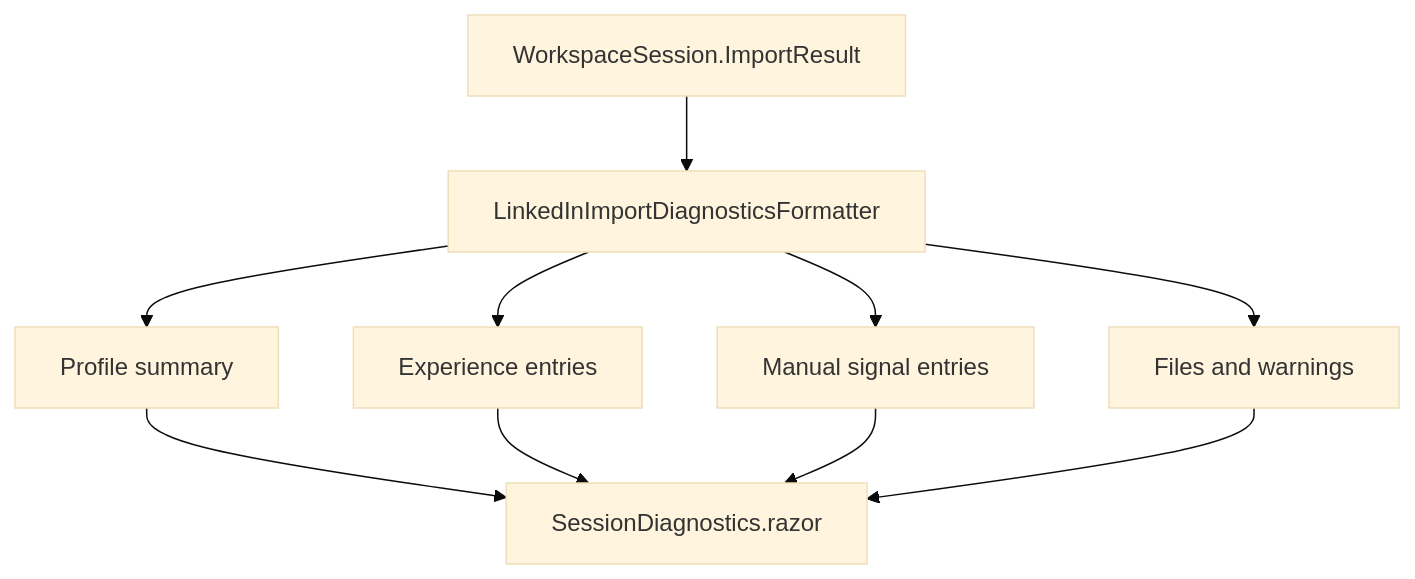
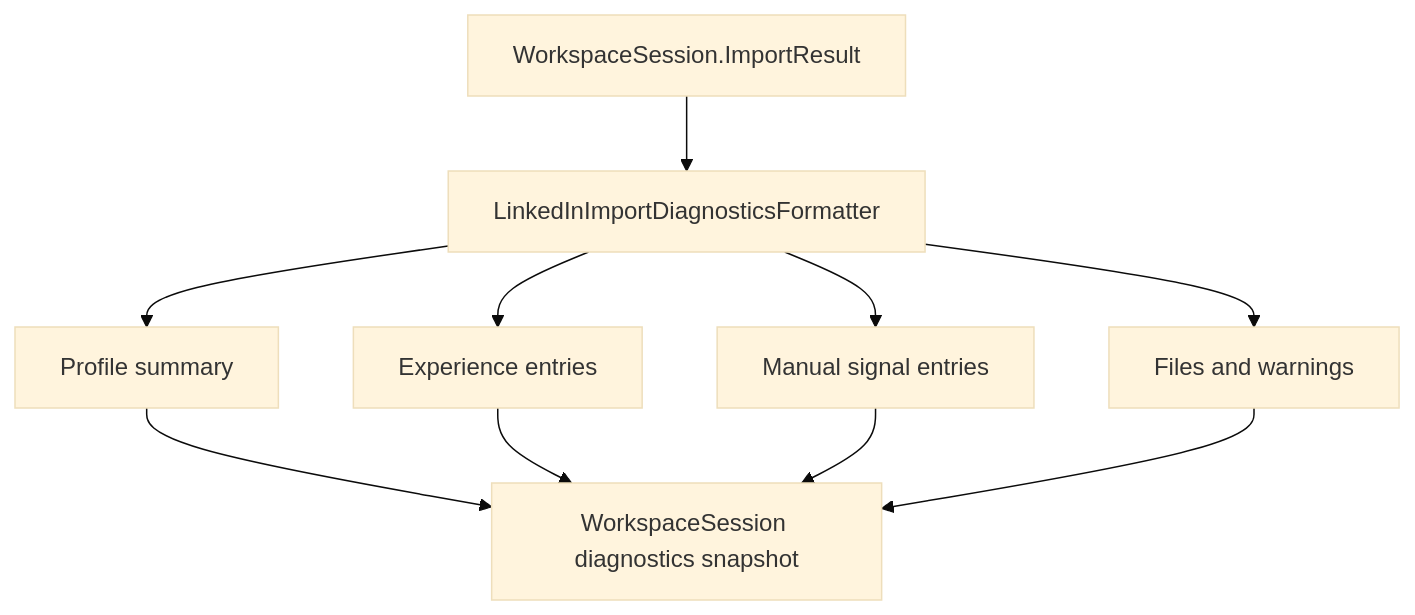
Before and after one commit to hennie42/li-jobber: the seventh of 20 diagrams in docs/details.md, drawn with Mermaid (base theme). The commit also changed other lines of this file and 19 other files, not shown here.

First line of the commit message:
Add Web Client and Shared UI components; remove session diagnostics

````diff
--- a/docs/details.md
+++ b/docs/details.md
@@ -317,12 +314,12 @@
 ```mermaid
 graph TD
     A[WorkspaceSession.ImportResult] --> B[LinkedInImportDiagnosticsFormatter]
     B --> C[Profile summary]
     B --> D[Experience entries]
     B --> E[Manual signal entries]
     B --> F[Files and warnings]
-    C --> G[SessionDiagnostics.razor]
+    C --> G[WorkspaceSession diagnostics snapshot]
     D --> G
     E --> G
     F --> G
 ```
````
